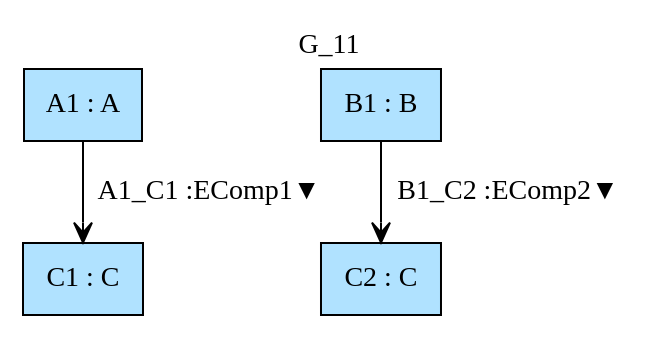
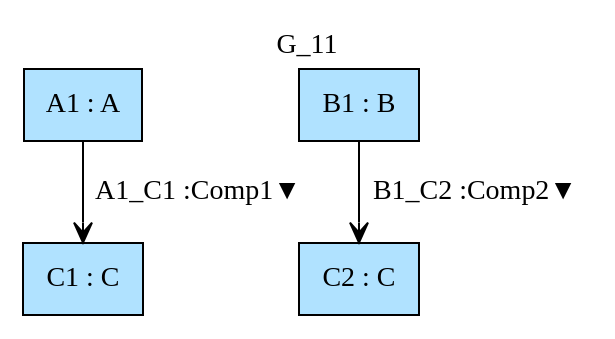
Before and after one commit to namalio/Fragmenta: the diagram in Haskell/FragmentaTests/SGTyTests/img/G_11.gv, drawn with Graphviz. The commit also changed 70 other files, not shown here.

```diff
--- a/Haskell/FragmentaTests/SGTyTests/img/G_11.gv
+++ b/Haskell/FragmentaTests/SGTyTests/img/G_11.gv
@@ -1,9 +1,9 @@
 digraph {graph[label=G_11,labelloc=tl,labelfontsize=12];
 "A1"[shape=box,fillcolor=lightskyblue1,style = filled,label="A1 : A"];
+"C1"[shape=box,fillcolor=lightskyblue1,style = filled,label="C1 : C"];
 "B1"[shape=box,fillcolor=lightskyblue1,style = filled,label="B1 : B"];
-"C1"[shape=box,fillcolor=lightskyblue1,style = filled,label="C1 : C"];
 "C2"[shape=box,fillcolor=lightskyblue1,style = filled,label="C2 : C"];
 
-"A1"->"C1"[label="A1_C1 :EComp1▼",arrowhead=vee];
-"B1"->"C2"[label="B1_C2 :EComp2▼",arrowhead=vee];
+"A1"->"C1"[label="A1_C1 :Comp1▼",arrowhead=vee];
+"B1"->"C2"[label="B1_C2 :Comp2▼",arrowhead=vee];
 }
```
